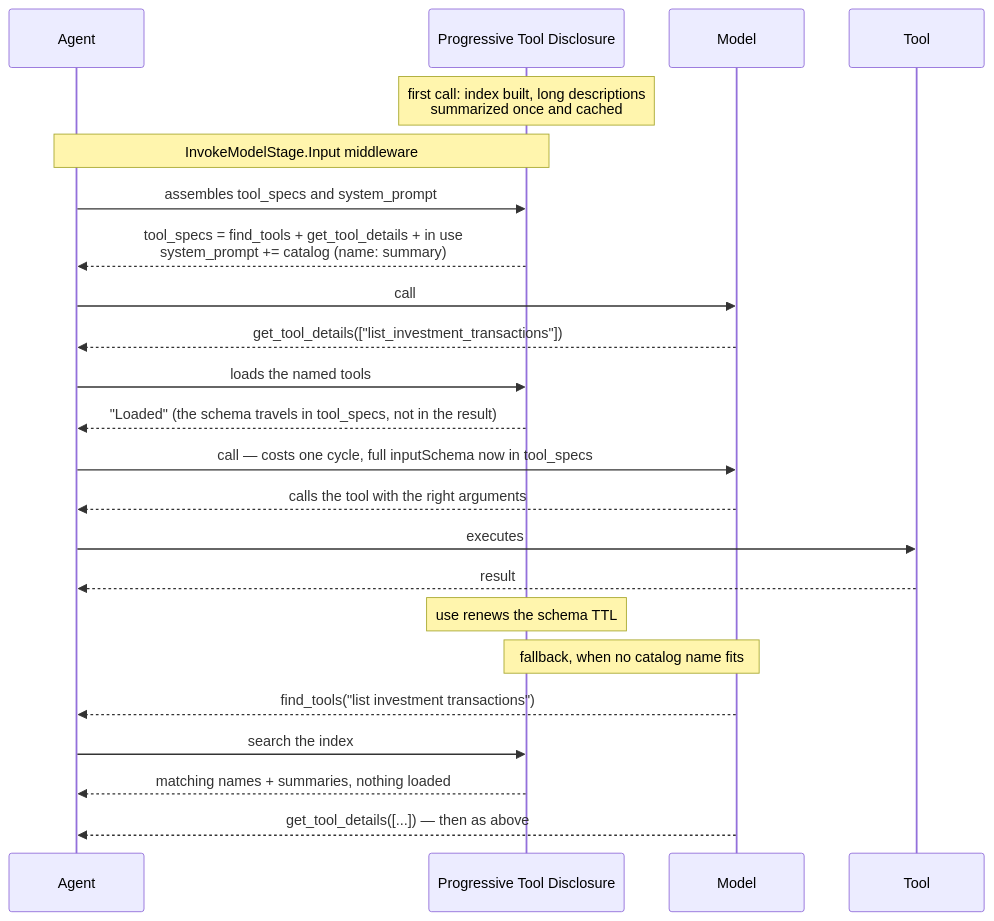
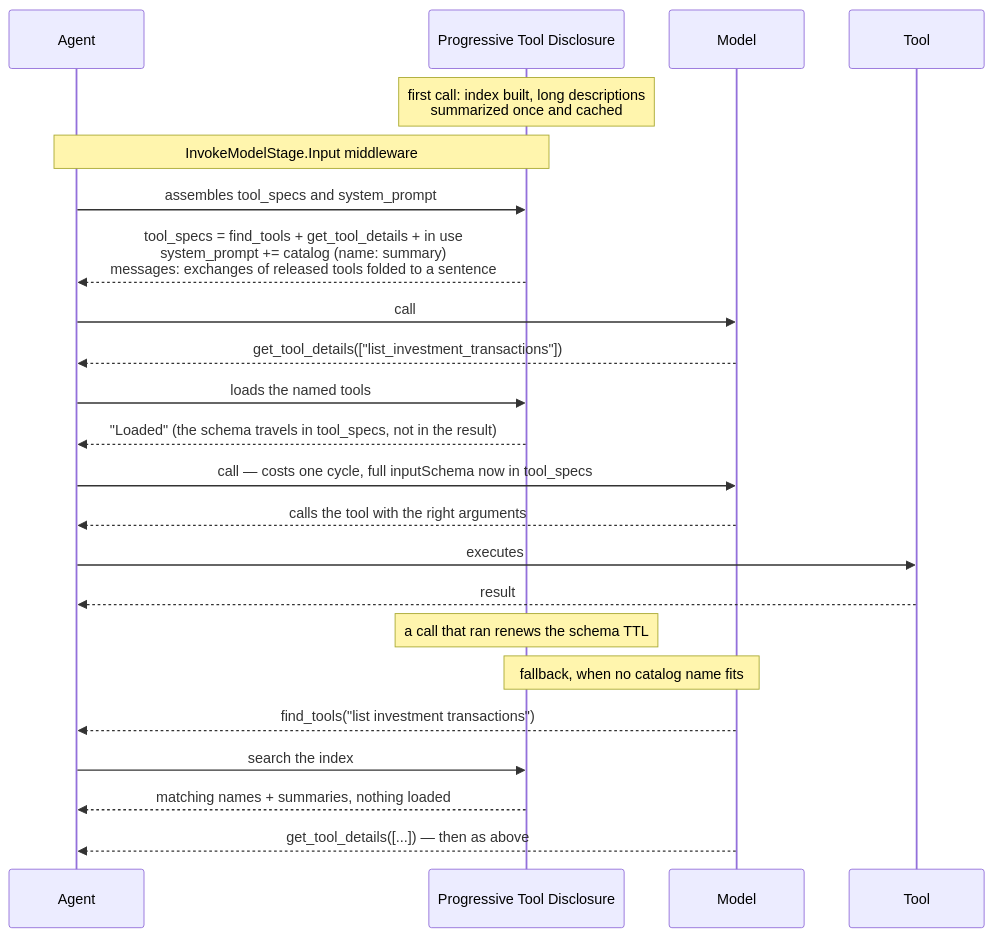
The diagram in docs/design/design-b-progressive-tool-disclosure.md (aws-samples/sample-context-engineering), drawn with Mermaid before and after one commit. The commit also changed other lines of this file and 11 other files, not shown here.

First line of the commit message:
docs: bring design, sequence and how-to docs to the current code

````diff
--- a/docs/design/design-b-progressive-tool-disclosure.md
+++ b/docs/design/design-b-progressive-tool-disclosure.md
@@ -121,30 +125,30 @@
 ```mermaid
 sequenceDiagram
     participant AG as Agent
     participant B as Progressive Tool Disclosure
     participant M as Model
     participant T as Tool
 
     Note over B: first call: index built, long descriptions<br/>summarized once and cached
 
     Note over AG,B: InvokeModelStage.Input middleware
     AG->>B: assembles tool_specs and system_prompt
-    B-->>AG: tool_specs = find_tools + get_tool_details + in use<br/>system_prompt += catalog (name: summary)
+    B-->>AG: tool_specs = find_tools + get_tool_details + in use<br/>system_prompt += catalog (name: summary)<br/>messages: exchanges of released tools folded to a sentence
 
     AG->>M: call
     M-->>AG: get_tool_details(["list_investment_transactions"])
     AG->>B: loads the named tools
     B-->>AG: "Loaded" (the schema travels in tool_specs, not in the result)
     AG->>M: call — costs one cycle, full inputSchema now in tool_specs
 
     M-->>AG: calls the tool with the right arguments
     AG->>T: executes
     T-->>AG: result
-    Note over B: use renews the schema TTL
+    Note over B: a call that ran renews the schema TTL
 
     Note over M,B: fallback, when no catalog name fits
     M-->>AG: find_tools("list investment transactions")
     AG->>B: search the index
     B-->>AG: matching names + summaries, nothing loaded
     M-->>AG: get_tool_details([...]) — then as above
 ```
````
